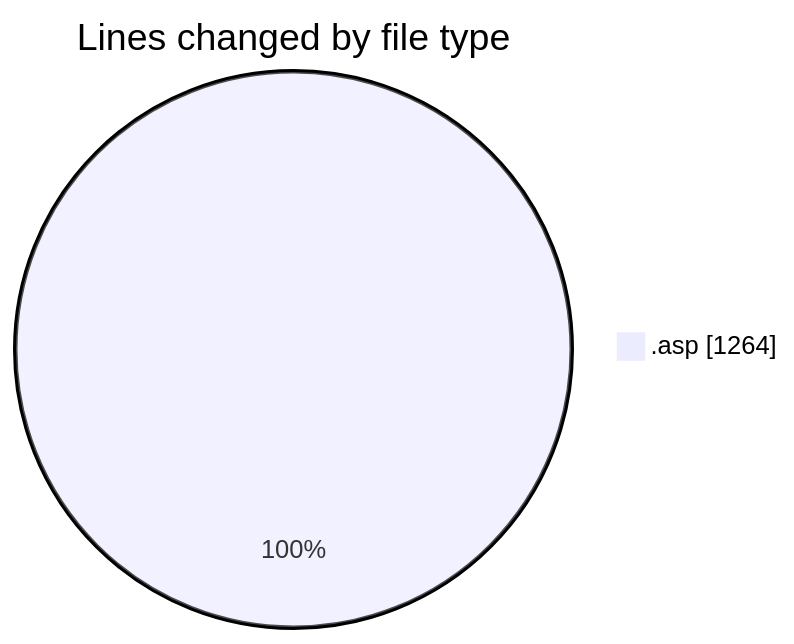
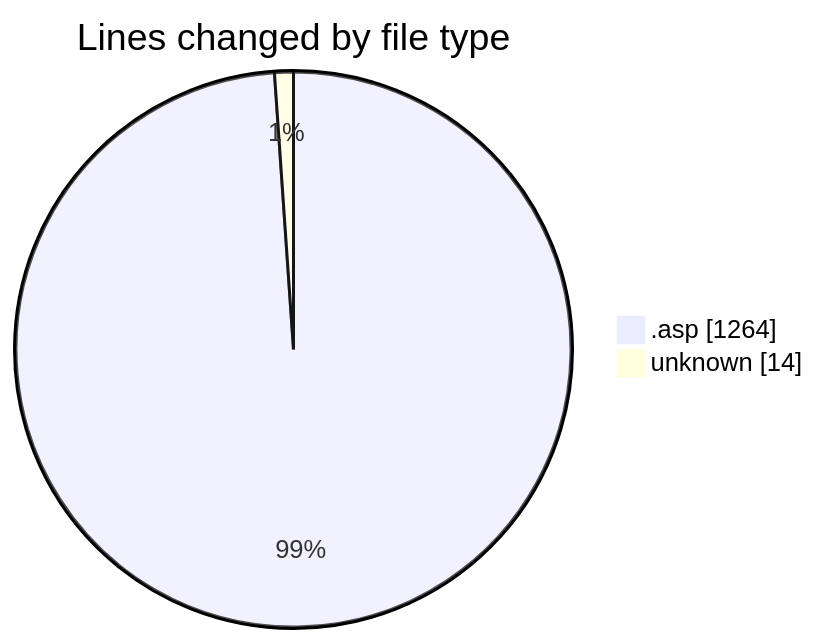
The first of 2 diagrams in 2025-10-28/usr_aleoudev_fr__workspace_/README.md (julien-gomy/code-tracking), drawn with Mermaid before and after one commit. The commit also changed other lines of this file and 1 other file, not shown here.

````diff
--- a/2025-10-28/usr_aleoudev_fr__workspace_/README.md
+++ b/2025-10-28/usr_aleoudev_fr__workspace_/README.md
@@ -25,5 +26,6 @@
 ```mermaid
 pie showData
 title Lines changed by file type
 ".asp" : 1264
+"unknown" : 14
 ```
````
